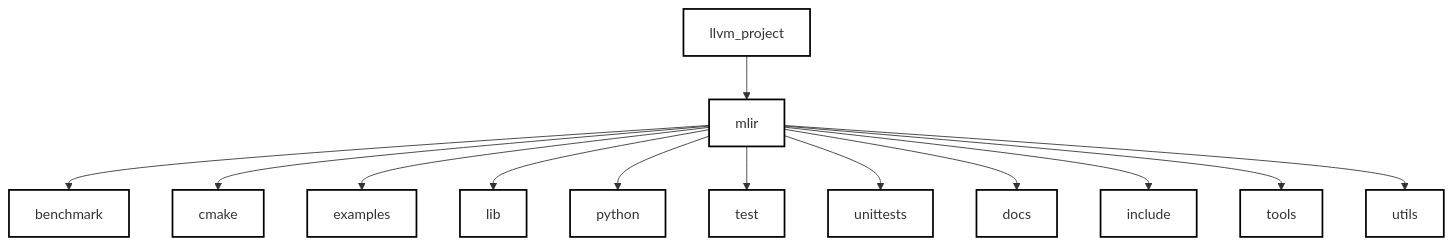
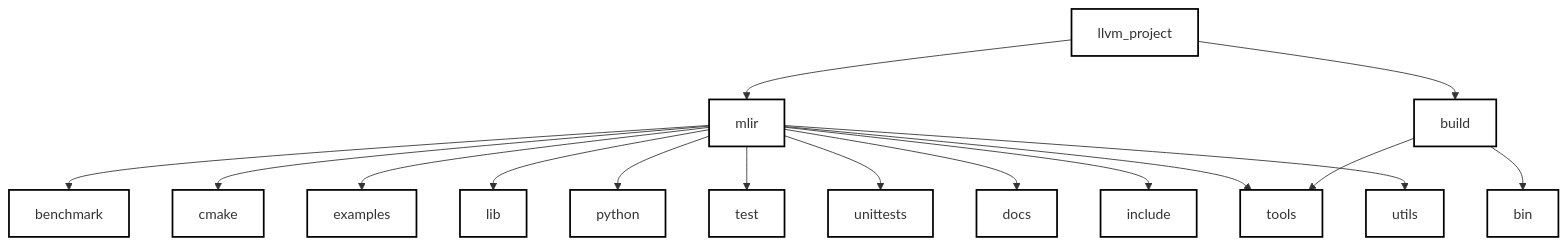
One commit to Ameya674/mlir_for_beginners changed the third of 3 diagrams in Introduction.md. Above: the diagram before and after it, drawn with Mermaid.

````diff
--- a/Introduction.md
+++ b/Introduction.md
@@ -143,36 +143,46 @@
 ```mermaid
 graph TD
   llvm_project["llvm_project"]
   mlir["mlir"]
+  build["build"]
+
+  llvm_project --> mlir
+  llvm_project --> build
+
   benchmark["benchmark"]
   cmake["cmake"]
   examples["examples"]
   lib["lib"]
   python["python"]
   test["test"]
   unittests["unittests"]
   docs["docs"]
   include["include"]
   tools["tools"]
   utils["utils"]
 
-  llvm_project --> mlir
   mlir --> benchmark
   mlir --> cmake
   mlir --> examples
   mlir --> lib
   mlir --> python
   mlir --> test
   mlir --> unittests
   mlir --> docs
   mlir --> include
   mlir --> tools
-  mlir --> utils 
+  mlir --> utils
+
+  bin["bin"]
+  tools["tools"]
+
+  build --> bin
+  build --> tools
 
   
   classDef default fill:#fff,stroke:#000,stroke-width:2px;
   class mlir_box default;
   class toy_examples_box default;
   class toy_test_box default;
   class test_box default;
 ```
````
